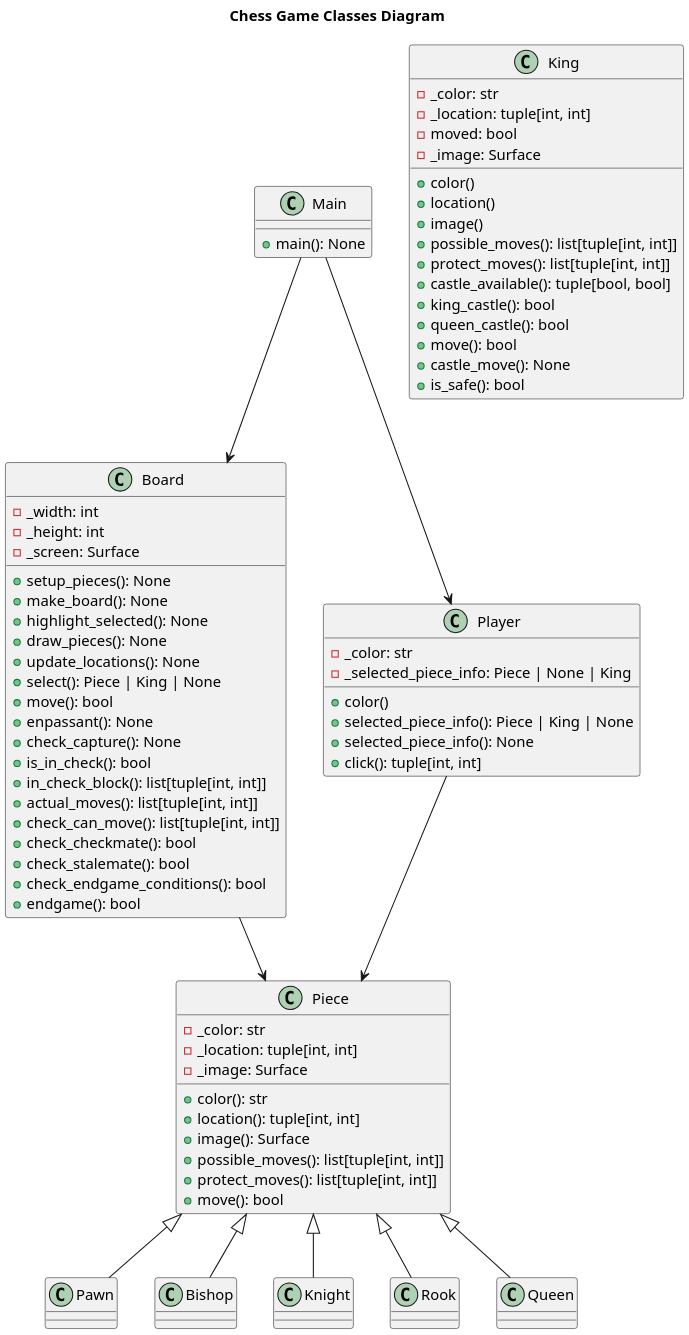
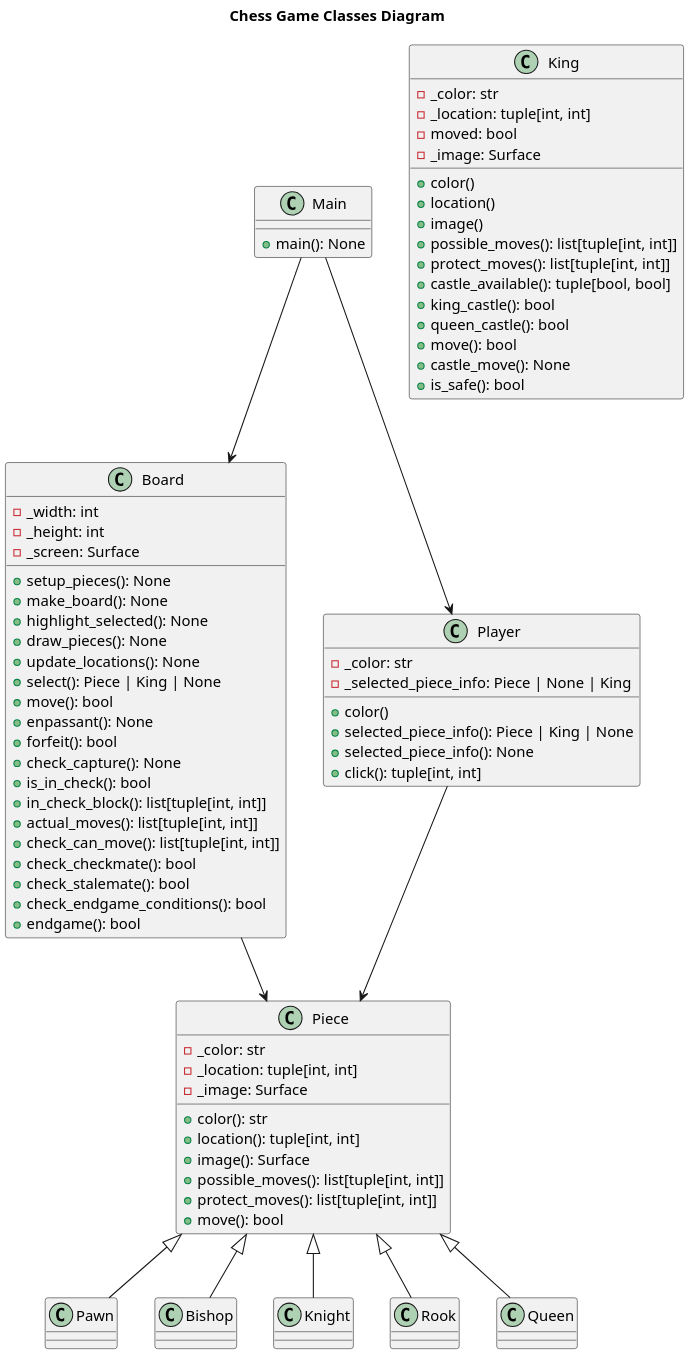
One commit to walkeredwards/OOP-FinalProject changed the diagram in finalproject/uml/chess.plantuml. Above: the diagram before and after it, drawn with PlantUML. The commit also changed 5 other files, not shown here.

```diff
--- a/finalproject/uml/chess.plantuml
+++ b/finalproject/uml/chess.plantuml
@@ -1,88 +1,89 @@
 @startuml Chess Game Classes Diagram
 scale 2
 title "Chess Game Classes Diagram"
 class Main {
     + main(): None
 }
 
 class Board {
     - _width: int
     - _height: int
     - _screen: Surface
     + setup_pieces(): None
     + make_board(): None
     + highlight_selected(): None
     + draw_pieces(): None
     + update_locations(): None
     + select(): Piece | King | None
     + move(): bool
     + enpassant(): None
+    + forfeit(): bool
     + check_capture(): None
     + is_in_check(): bool
     + in_check_block(): list[tuple[int, int]]
     + actual_moves(): list[tuple[int, int]]
     + check_can_move(): list[tuple[int, int]]
     + check_checkmate(): bool
     + check_stalemate(): bool
     + check_endgame_conditions(): bool
     + endgame(): bool
 }
 
 class Piece {
     - _color: str
     - _location: tuple[int, int]
     - _image: Surface
     + color(): str
     + location(): tuple[int, int]
     + image(): Surface
     + possible_moves(): list[tuple[int, int]]
     + protect_moves(): list[tuple[int, int]]
     + move(): bool
 }
 
 class Pawn
 class Bishop
 class Knight
 class Rook
 class Queen
 
 class King {
     - _color: str
     - _location: tuple[int, int]
     - moved: bool
     - _image: Surface
     + color()
     + location()
     + image()
     + possible_moves(): list[tuple[int, int]]
     + protect_moves(): list[tuple[int, int]]
     + castle_available(): tuple[bool, bool]
     + king_castle(): bool
     + queen_castle(): bool
     + move(): bool
     + castle_move(): None
     + is_safe(): bool
 }
 
 class Player {
     - _color: str
     - _selected_piece_info: Piece | None | King
     + color()
     + selected_piece_info(): Piece | King | None
     + selected_piece_info(): None
     + click(): tuple[int, int]
 }
 
 Main --> Board
 Main --> Player
 
 Board --> Piece
 Player --> Piece
 
 Piece <|-- Pawn
 Piece <|-- Bishop
 Piece <|-- Knight
 Piece <|-- Rook
 Piece <|-- Queen
 
 @enduml
```
